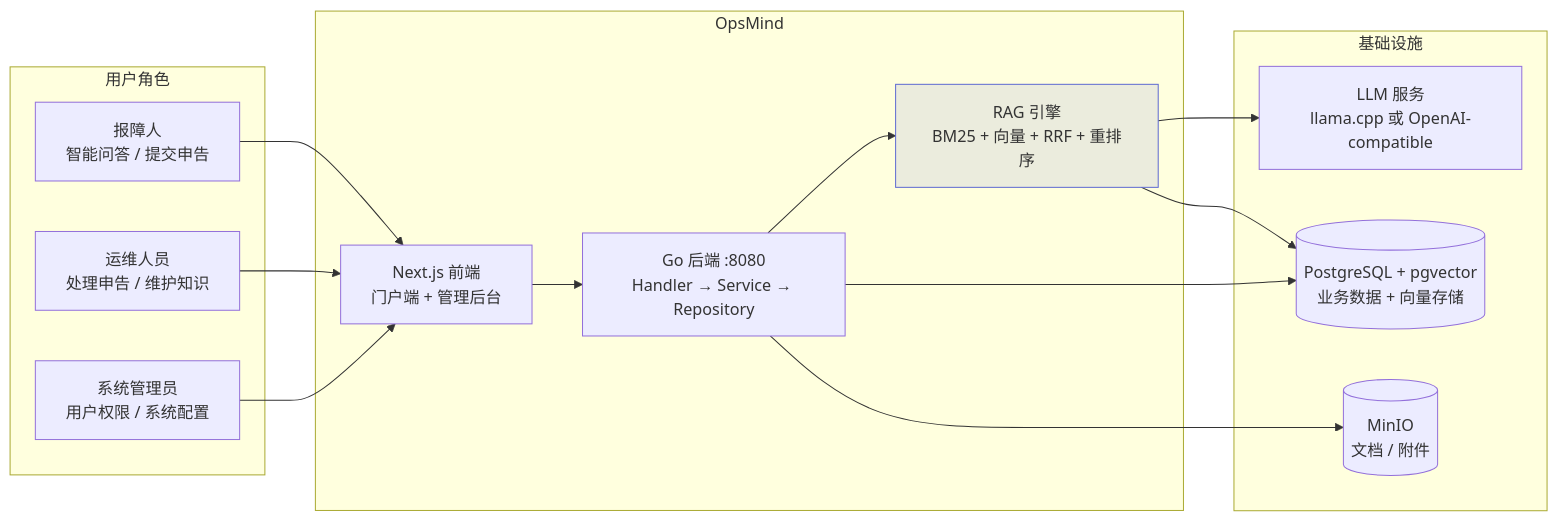
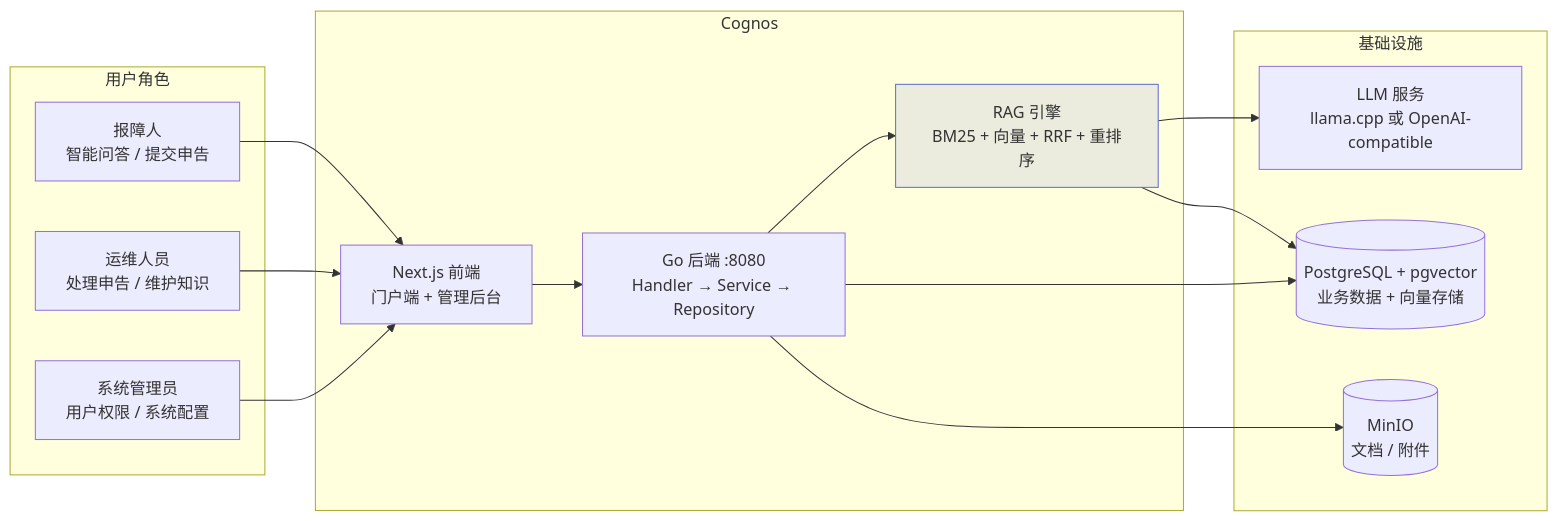
The first of 6 diagrams in docs/PRD.md (int2t05/Cognik), drawn with Mermaid before and after one commit. The commit also changed other lines of this file and 176 other files, not shown here.

First line of the commit message:
refactor: 项目改名 OpsMind → Cognos + 脱离运维范畴

````diff
--- a/docs/PRD.md
+++ b/docs/PRD.md
@@ -11,32 +11,32 @@
 ```mermaid
 flowchart LR
     subgraph Actors["用户角色"]
         Reporter["报障人<br/>智能问答 / 提交申告"]
         Operator["运维人员<br/>处理申告 / 维护知识"]
         Admin["系统管理员<br/>用户权限 / 系统配置"]
     end
 
-    subgraph System["OpsMind"]
+    subgraph System["Cognos"]
         Web["Next.js 前端<br/>门户端 + 管理后台"]
         Server["Go 后端 :8080<br/>Handler → Service → Repository"]
         RAG["RAG 引擎<br/>BM25 + 向量 + RRF + 重排序"]
     end
 
     subgraph Infra["基础设施"]
         PG[("PostgreSQL + pgvector<br/>业务数据 + 向量存储")]
         MinIO[("MinIO<br/>文档 / 附件")]
         LLM["LLM 服务<br/>llama.cpp 或 OpenAI-compatible"]
     end
 
     Reporter --> Web
     Operator --> Web
     Admin --> Web
     Web --> Server
     Server --> RAG
     Server --> PG
     Server --> MinIO
     RAG --> LLM
     RAG --> PG
 
     style RAG fill:#5e6ad220,stroke:#5e6ad2
 ```
````
